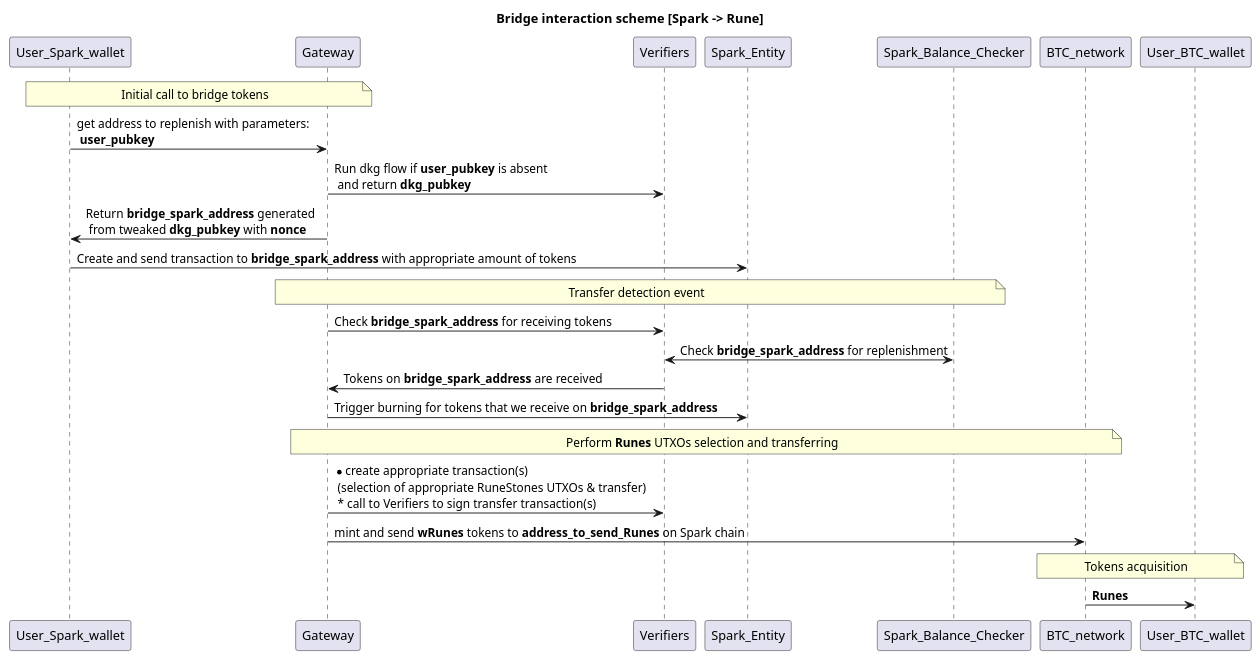
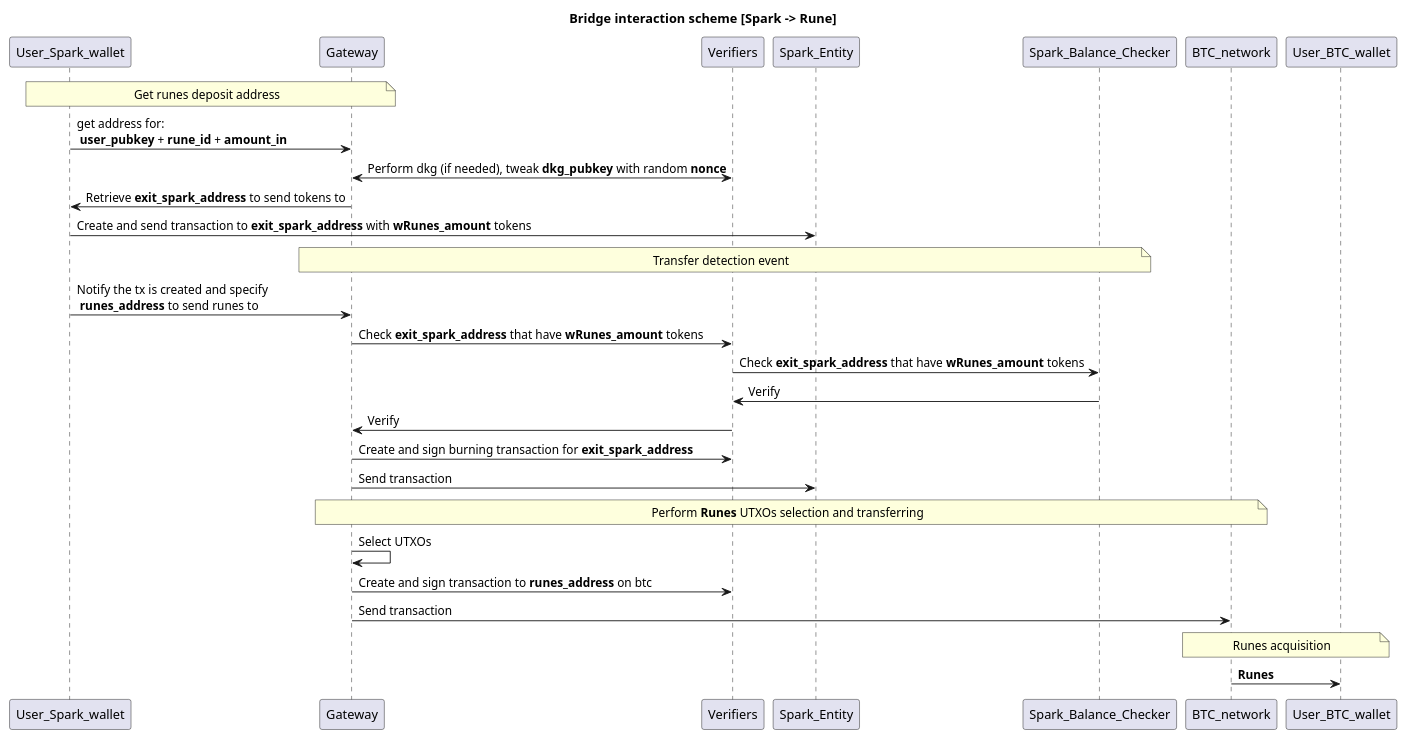
One commit to Sats-Terminal/spark-bridge-backend changed the diagram in docs/spark_runes.puml. Above: the diagram before and after it, drawn with PlantUML.

```diff
--- a/docs/spark_runes.puml
+++ b/docs/spark_runes.puml
@@ -1,24 +1,26 @@
 @startuml
-
 title Bridge interaction scheme [Spark -> Rune]
 
-note over User_Spark_wallet,Gateway:Initial call to bridge tokens
-User_Spark_wallet->Gateway: get address to replenish with parameters: \n **user_pubkey**
-Gateway->Verifiers: Run dkg flow if **user_pubkey** is absent \n and return **dkg_pubkey**
-Gateway->User_Spark_wallet: Return **bridge_spark_address** generated \n from tweaked **dkg_pubkey** with **nonce**
-User_Spark_wallet->Spark_Entity: Create and send transaction to **bridge_spark_address** with appropriate amount of tokens
+note over User_Spark_wallet,Gateway:Get runes deposit address
+User_Spark_wallet->Gateway: get address for: \n **user_pubkey** + **rune_id** + **amount_in** 
+Gateway<->Verifiers:Perform dkg (if needed), tweak **dkg_pubkey** with random **nonce**
+Gateway->User_Spark_wallet: Retrieve **exit_spark_address** to send tokens to
+User_Spark_wallet->Spark_Entity: Create and send transaction to **exit_spark_address** with **wRunes_amount** tokens
 
 note over Spark_Balance_Checker,Gateway:Transfer detection event
-Gateway->Verifiers:Check **bridge_spark_address** for receiving tokens
-Verifiers<->Spark_Balance_Checker:Check **bridge_spark_address** for replenishment
-Verifiers->Gateway:Tokens on **bridge_spark_address** are received
-Gateway->Spark_Entity: Trigger burning for tokens that we receive on **bridge_spark_address**
+User_Spark_wallet->Gateway:Notify the tx is created and specify \n **runes_address** to send runes to
+Gateway->Verifiers:Check **exit_spark_address** that have **wRunes_amount** tokens
+Verifiers->Spark_Balance_Checker:Check **exit_spark_address** that have **wRunes_amount** tokens
+Verifiers<-Spark_Balance_Checker:Verify
+Verifiers->Gateway:Verify
+Gateway->Verifiers:Create and sign burning transaction for **exit_spark_address**
+Gateway->Spark_Entity:Send transaction
 
 note over Gateway,BTC_network:Perform **Runes** UTXOs selection and transferring
-Gateway->Verifiers: * create appropriate transaction(s) \n (selection of appropriate RuneStones UTXOs & transfer) \n * call to Verifiers to sign transfer transaction(s)
-Gateway->BTC_network: mint and send **wRunes** tokens to **address_to_send_Runes** on Spark chain
+Gateway->Gateway:Select UTXOs
+Gateway->Verifiers:Create and sign transaction to **runes_address** on btc
+Gateway->BTC_network:Send transaction
 
-note over User_BTC_wallet, BTC_network: Tokens acquisition
+note over User_BTC_wallet, BTC_network: Runes acquisition
 User_BTC_wallet<-BTC_network: **Runes**
-
 @enduml
```
